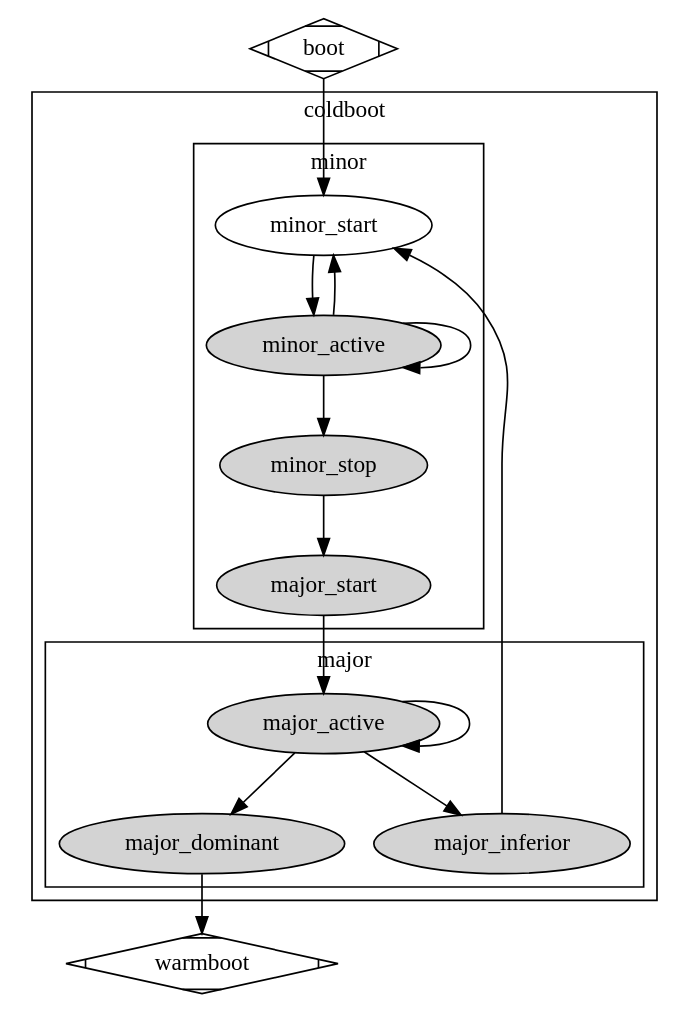
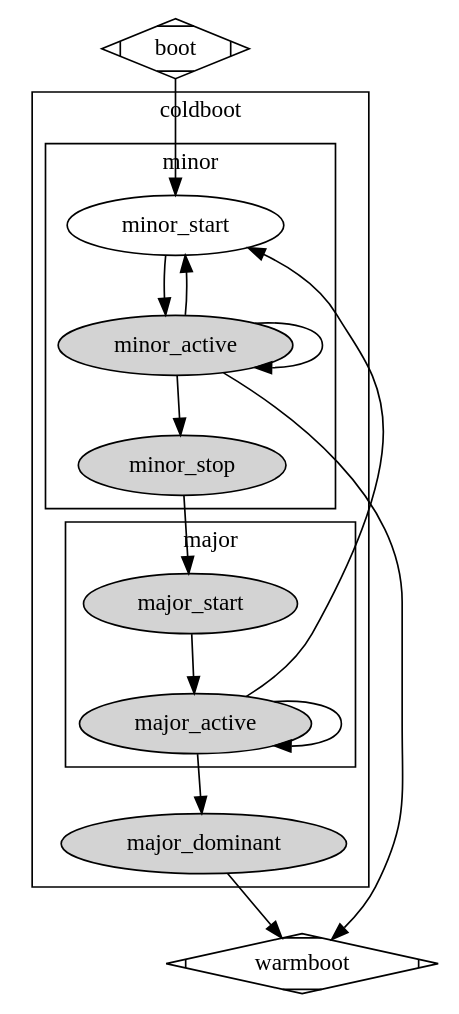
Before and after one commit to 8bitgeek/libezbus: the diagram in docs/coldboot.dot, drawn with Graphviz. The commit also changed 1 other file, not shown here.

Commit message:
coldbood state diagram update

```diff
--- a/docs/coldboot.dot
+++ b/docs/coldboot.dot
@@ -1,40 +1,40 @@
 digraph boot0 
 {
     boot [shape=Mdiamond];
     boot -> minor_start;
 
     subgraph cluster_coldboot_minor 
     {
         label = "coldboot";
         node [style=filled];
 
         subgraph cluster_coldboot_minor 
         {
             label = "minor";
             node [style=filled];
 
             minor_start -> minor_active;
             minor_active -> minor_active;
             minor_active -> minor_stop;
             minor_active -> minor_start;
-            minor_stop -> major_start;
         }
 
         subgraph cluster_coldboot
         {
             label = "major";
             node [style=filled];
 
             major_start ->major_active;
             major_active -> major_active;
-            major_active -> major_dominant;
-            major_active -> major_inferior;
+            major_active -> minor_start;
         }
 
-    }
+        major_active -> major_dominant;
+        minor_stop -> major_start;
+     }
 
     warmboot [shape=Mdiamond];
 
-    major_inferior -> minor_start;
-    major_dominant -> warmboot;
+    minor_active -> warmboot;
+    major_dominant -> warmboot
 }
```
